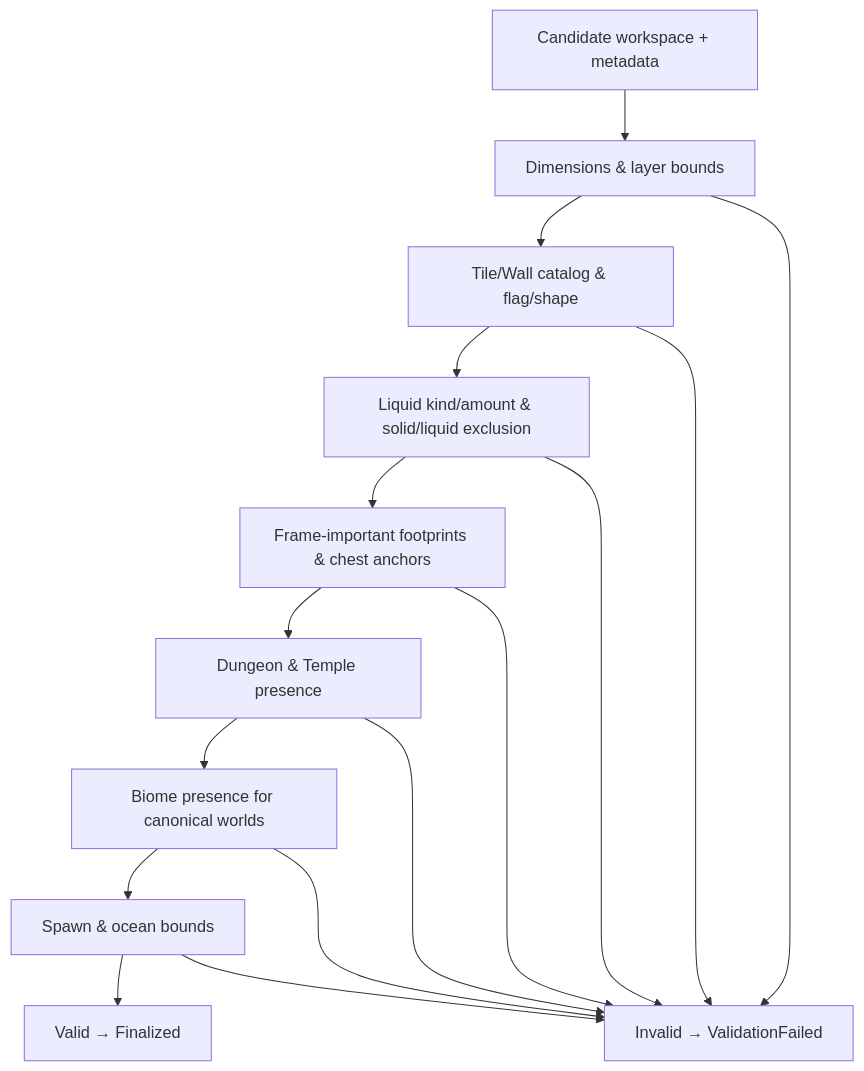
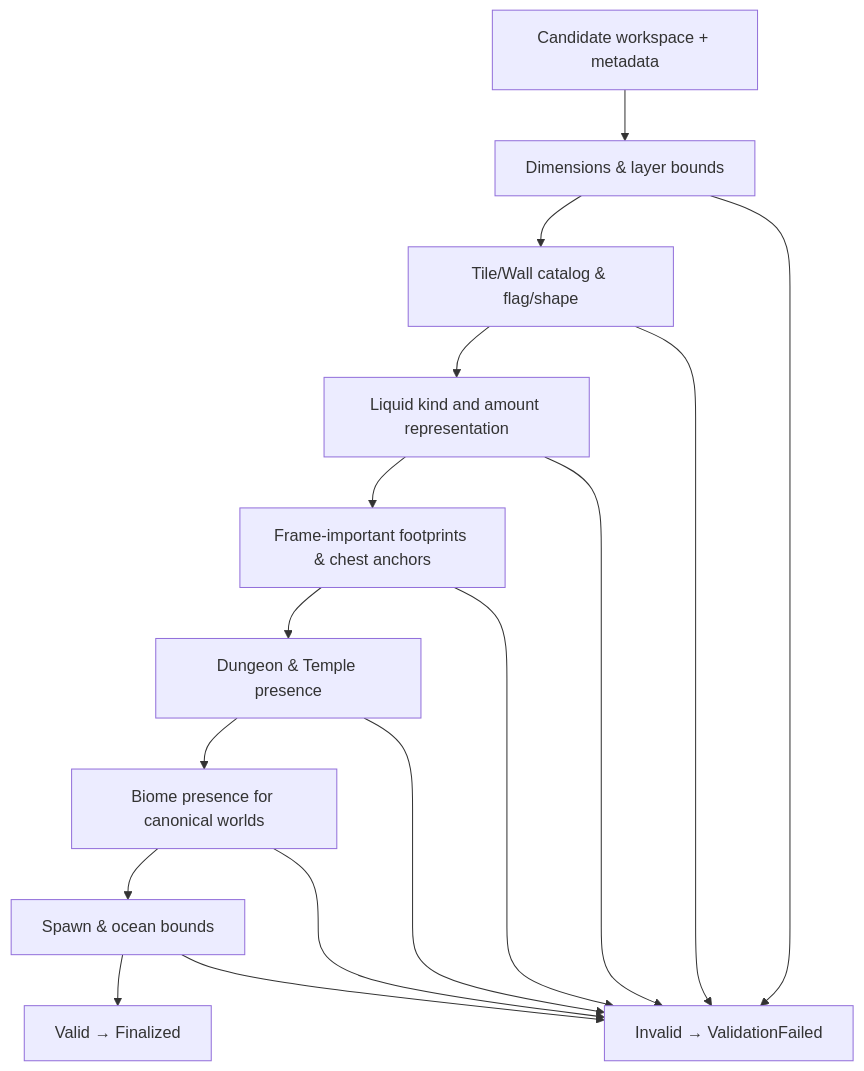
The fifth of 5 diagrams in docs/en/world-generation.md (VegaKernel/TerraRuntime), drawn with Mermaid before and after one commit. The commit also changed other lines of this file and 59 other files, not shown here.

````diff
--- a/docs/en/world-generation.md
+++ b/docs/en/world-generation.md
@@ -205,18 +205,18 @@
 ```mermaid
 flowchart TD
     Candidate["Candidate workspace + metadata"] --> Dimensions["Dimensions & layer bounds"]
     Dimensions --> Tiles["Tile/Wall catalog & flag/shape"]
-    Tiles --> Liquids["Liquid kind/amount & solid/liquid exclusion"]
+    Tiles --> Liquids["Liquid kind and amount representation"]
     Liquids --> Objects["Frame-important footprints & chest anchors"]
     Objects --> Dungeon["Dungeon & Temple presence"]
     Dungeon --> Biomes["Biome presence for canonical worlds"]
     Biomes --> Spawn["Spawn & ocean bounds"]
     Spawn --> Valid["Valid → Finalized"]
     Dimensions --> Invalid["Invalid → ValidationFailed"]
     Tiles --> Invalid
     Liquids --> Invalid
     Objects --> Invalid
     Dungeon --> Invalid
     Biomes --> Invalid
     Spawn --> Invalid
 ```
````
